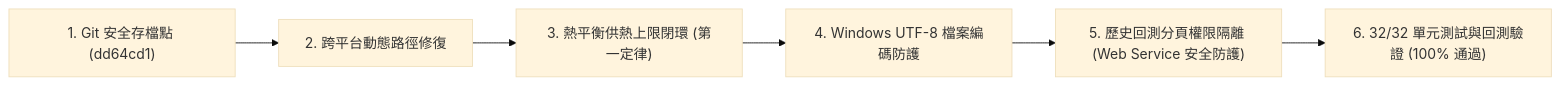
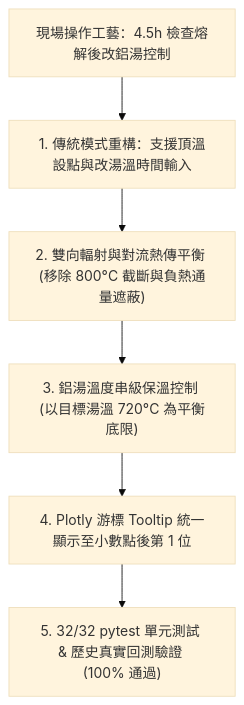
One commit to wdhsieh99-mactone/melter-optimizer changed the diagram in agy/walkthrough.md. Above: the diagram before and after it, drawn with Mermaid (base theme). The commit also changed other lines of this file, not shown here.

````diff
--- a/agy/walkthrough.md
+++ b/agy/walkthrough.md
@@ -7,8 +7,8 @@
 ```mermaid
-graph LR
-    GitSave["1. Git 安全存檔點 (dd64cd1)"] --> FixPath["2. 跨平台動態路徑修復"]
-    FixPath --> FixPhys["3. 熱平衡供熱上限閉環 (第一定律)"]
-    FixPhys --> FixEnc["4. Windows UTF-8 檔案編碼防護"]
-    FixEnc --> Auth["5. 歷史回測分頁權限隔離 (Web Service 安全防護)"]
-    Auth --> Verify["6. 32/32 單元測試與回測驗證 (100% 通過)"]
+graph TD
+    Field["現場操作工藝：4.5h 檢查熔解後改鋁湯控制"] --> RefactorBase["1. 傳統模式重構：支援頂溫設點與改湯溫時間輸入"]
+    RefactorBase --> BidirHeat["2. 雙向輻射與對流熱傳平衡 (移除 800°C 截斷與負熱通量遮蔽)"]
+    BidirHeat --> Cascade["3. 鋁湯溫度串級保溫控制 (以目標湯溫 720°C 為平衡底限)"]
+    Cascade --> HoverFmt["4. Plotly 游標 Tooltip 統一顯示至小數點後第 1 位"]
+    HoverFmt --> Verify["5. 32/32 pytest 單元測試 & 歷史真實回測驗證 (100% 通過)"]
 ```
````
